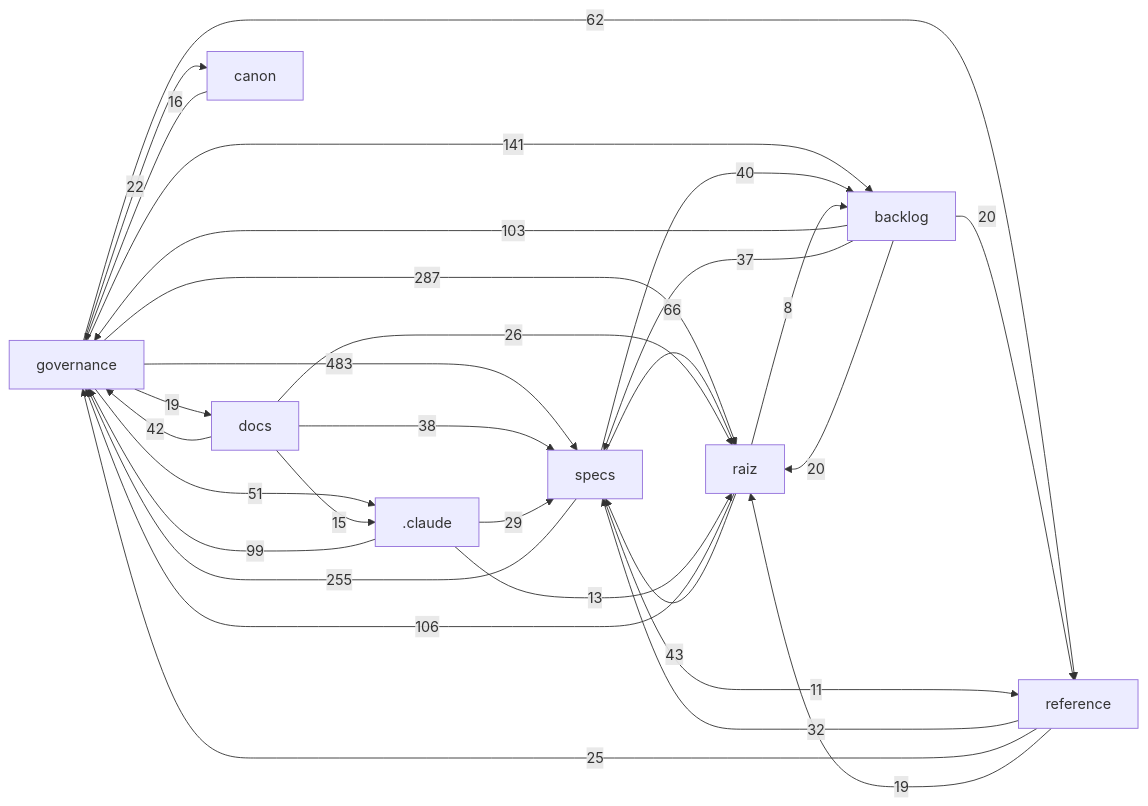
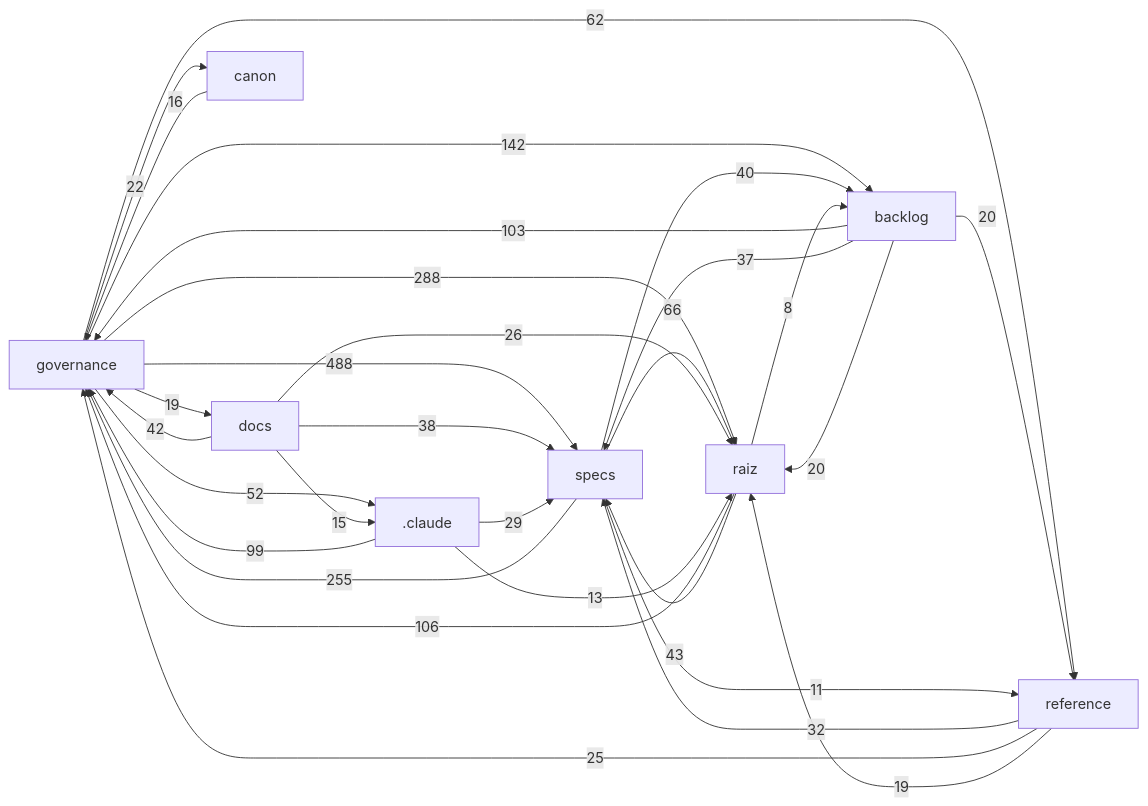
Before and after one commit to Andraus35/Sistema-Operacional-de-Trading--SOT: the diagram in docs/mapa/MAPA-PROJETO.md, drawn with Mermaid. The commit also changed other lines of this file and 2 other files, not shown here.

````diff
--- a/docs/mapa/MAPA-PROJETO.md
+++ b/docs/mapa/MAPA-PROJETO.md
@@ -29,32 +29,32 @@
 ```mermaid
 flowchart LR
-  governance["governance"] -->|483| specs["specs"]
-  governance["governance"] -->|287| raiz["raiz"]
+  governance["governance"] -->|488| specs["specs"]
+  governance["governance"] -->|288| raiz["raiz"]
   specs["specs"] -->|255| governance["governance"]
-  governance["governance"] -->|141| backlog["backlog"]
+  governance["governance"] -->|142| backlog["backlog"]
   raiz["raiz"] -->|106| governance["governance"]
   backlog["backlog"] -->|103| governance["governance"]
   _claude[".claude"] -->|99| governance["governance"]
   specs["specs"] -->|66| raiz["raiz"]
   governance["governance"] -->|62| reference["reference"]
-  governance["governance"] -->|51| _claude[".claude"]
+  governance["governance"] -->|52| _claude[".claude"]
   raiz["raiz"] -->|43| specs["specs"]
   docs["docs"] -->|42| governance["governance"]
   specs["specs"] -->|40| backlog["backlog"]
   docs["docs"] -->|38| specs["specs"]
   backlog["backlog"] -->|37| specs["specs"]
   reference["reference"] -->|32| specs["specs"]
   _claude[".claude"] -->|29| specs["specs"]
   docs["docs"] -->|26| raiz["raiz"]
   reference["reference"] -->|25| governance["governance"]
   governance["governance"] -->|22| canon["canon"]
   backlog["backlog"] -->|20| raiz["raiz"]
   backlog["backlog"] -->|20| reference["reference"]
   governance["governance"] -->|19| docs["docs"]
   reference["reference"] -->|19| raiz["raiz"]
   canon["canon"] -->|16| governance["governance"]
   docs["docs"] -->|15| _claude[".claude"]
   _claude[".claude"] -->|13| raiz["raiz"]
   specs["specs"] -->|11| reference["reference"]
   raiz["raiz"] -->|8| backlog["backlog"]
 ```
````
